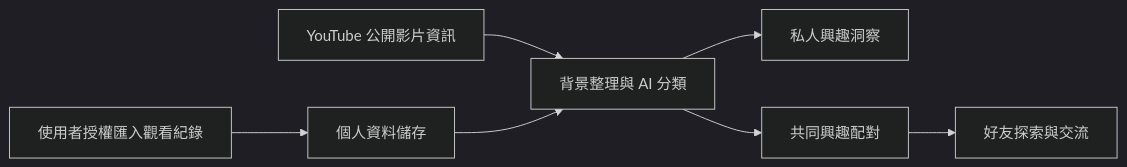
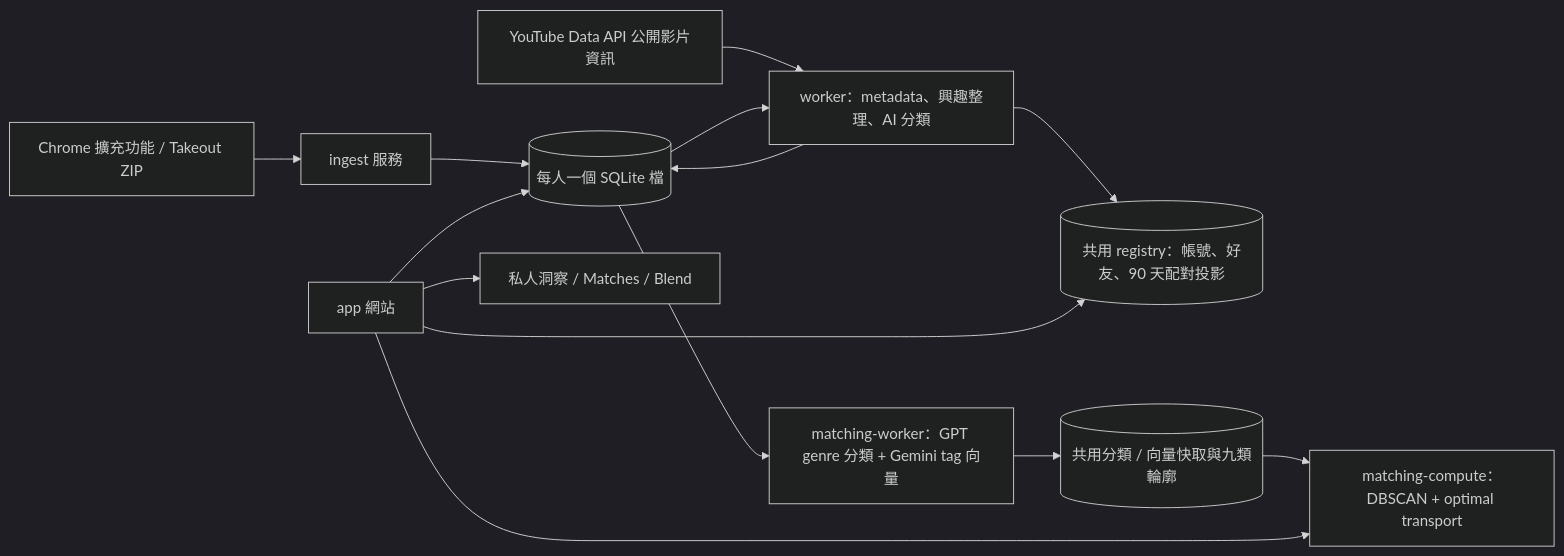
One commit to skyhong2002/urtube.observe.tw changed the diagram in README.md. Above: the diagram before and after it, drawn with Mermaid (dark theme). The commit also changed other lines of this file and 7 other files, not shown here.

````diff
--- a/README.md
+++ b/README.md
@@ -44,9 +44,16 @@
 ```mermaid
 flowchart LR
-    Import[使用者授權匯入觀看紀錄] --> Storage[個人資料儲存]
-    Public[YouTube 公開影片資訊] --> Analysis[背景整理與 AI 分類]
-    Storage --> Analysis
-    Analysis --> Insights[私人興趣洞察]
-    Analysis --> Matching[共同興趣配對]
-    Matching --> Friends[好友探索與交流]
+    Ext[Chrome 擴充功能 / Takeout ZIP] --> Ingest[ingest 服務]
+    Ingest --> Personal[(每人一個 SQLite 檔)]
+    YT[YouTube Data API 公開影片資訊] --> Worker[worker：metadata、興趣整理、AI 分類]
+    Personal --> Worker
+    Worker --> Personal
+    Worker --> Registry[(共用 registry：帳號、好友、90 天配對投影)]
+    Personal --> V3[matching-worker：GPT genre 分類 + Gemini tag 向量]
+    V3 --> Cache[(共用分類 / 向量快取與九類輪廓)]
+    Cache --> Compute[matching-compute：DBSCAN + optimal transport]
+    App[app 網站] --> Personal
+    App --> Registry
+    App --> Compute
+    App --> User[私人洞察 / Matches / Blend]
 ```
````
